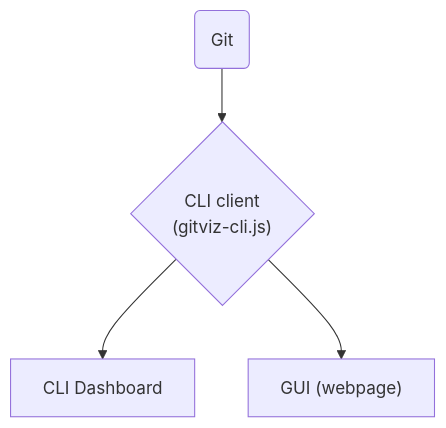
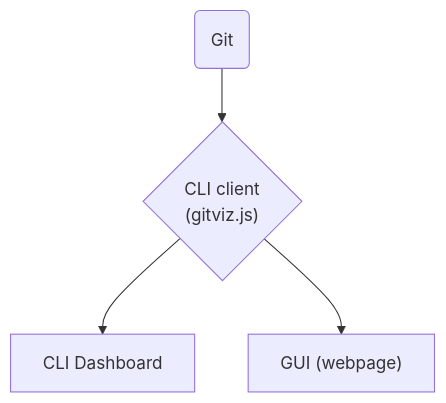
Before and after one commit to AdilAhmedShekhani/GitLog-Visualizer: the diagram in README.md, drawn with Mermaid. The commit also changed other lines of this file and 5 other files, not shown here.

Commit message:
BIG: Move gitviz-cli.js to gitviz.js. And did the relavent changes to reflect it

````diff
--- a/README.md
+++ b/README.md
@@ -16,7 +17,7 @@
 ```mermaid
 flowchart TD
-    A(Git) --> B{"CLI client 
-    (gitviz-cli.js)"}
+    A(Git) --> B{"CLI client
+    (gitviz.js)"}
     B --> D["CLI Dashboard"]
     B --> E["GUI (webpage)"]
 ```
````
